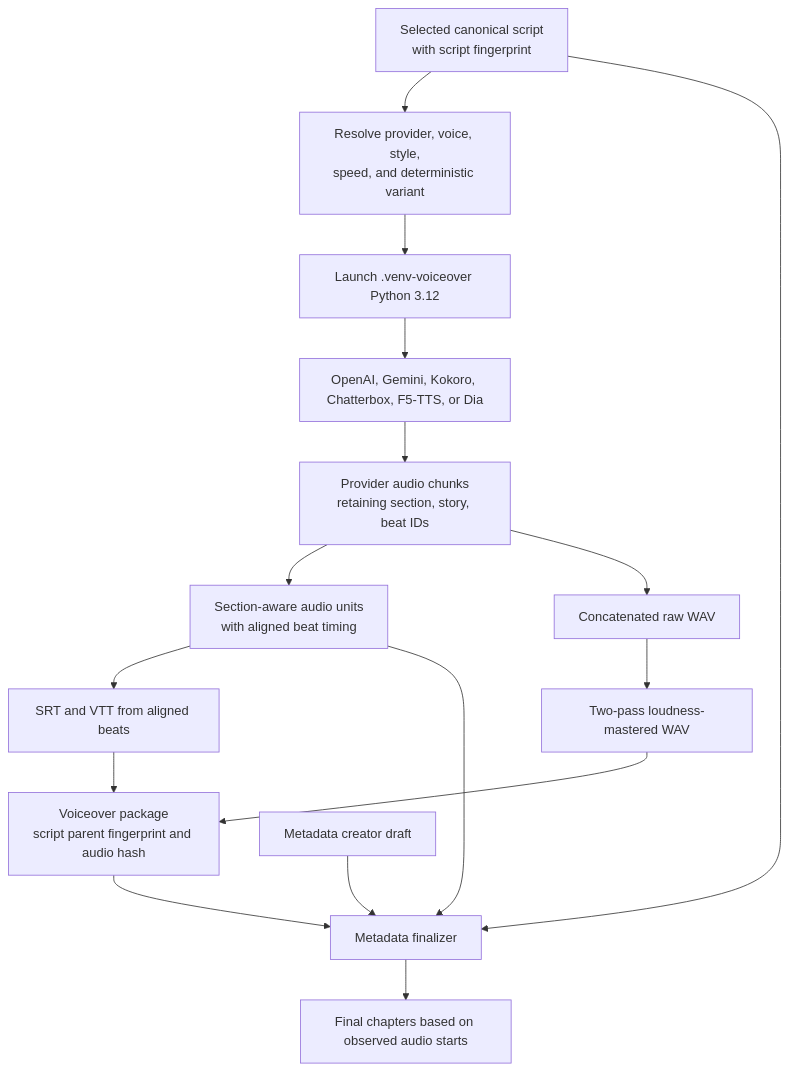
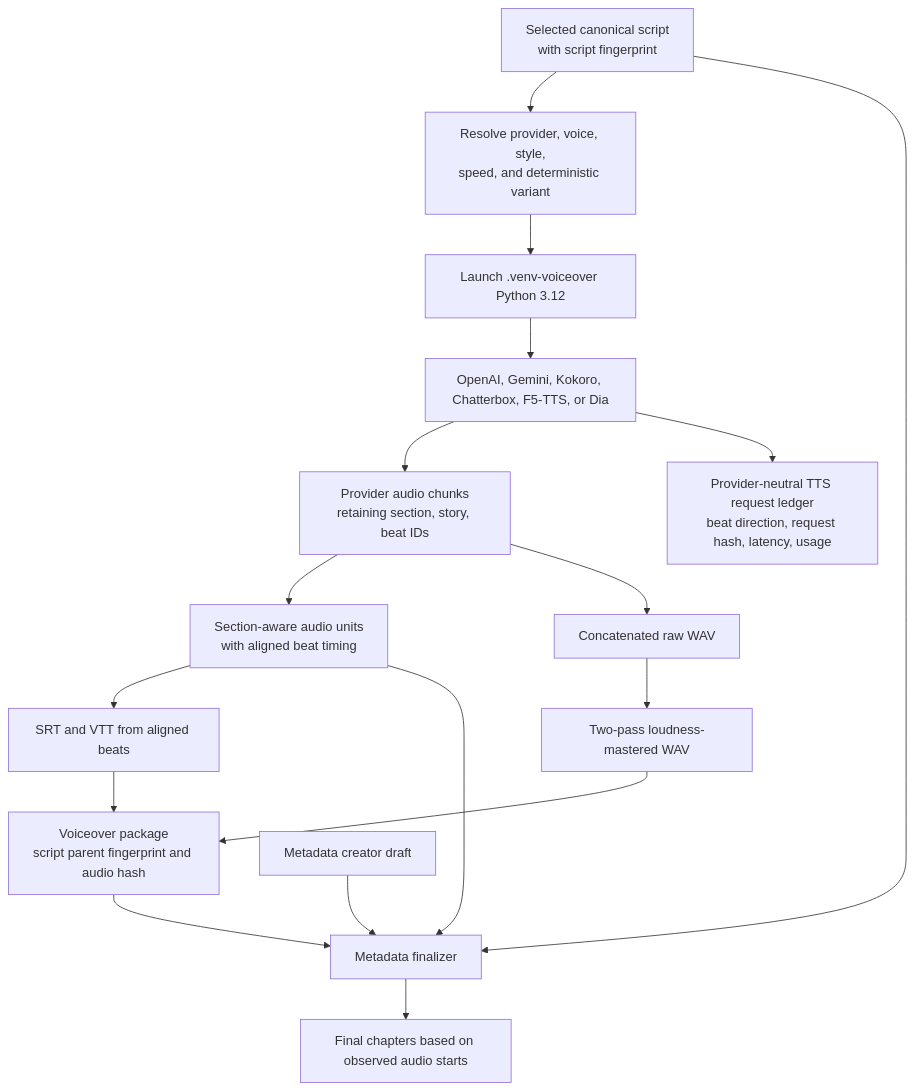
The fifth of 7 diagrams in docs/current_system_architecture.md (Eswar021/ai-news-pipeline), drawn with Mermaid before and after one commit. The commit also changed other lines of this file and 59 other files, not shown here.

````diff
--- a/docs/current_system_architecture.md
+++ b/docs/current_system_architecture.md
@@ -305,25 +309,27 @@
 ```mermaid
 flowchart TD
     script[Selected canonical script<br/>with script fingerprint]
     variant[Resolve provider, voice, style,<br/>speed, and deterministic variant]
     py312[Launch .venv-voiceover Python 3.12]
     provider[OpenAI, Gemini, Kokoro, Chatterbox, F5-TTS, or Dia]
+    ledger[Provider-neutral TTS request ledger<br/>beat direction, request hash, latency, usage]
     chunks[Provider audio chunks<br/>retaining section, story, beat IDs]
     units[Section-aware audio units<br/>with aligned beat timing]
     raw[Concatenated raw WAV]
     mastered[Two-pass loudness-mastered WAV]
     captions[SRT and VTT from aligned beats]
     package[Voiceover package<br/>script parent fingerprint and audio hash]
     metadataDraft[Metadata creator draft]
     finalizer[Metadata finalizer]
     metadataFinal[Final chapters based on observed audio starts]
 
     script --> variant --> py312 --> provider --> chunks
+    provider --> ledger
     chunks --> units
     chunks --> raw --> mastered --> package
     units --> captions --> package
     units --> finalizer
     metadataDraft --> finalizer
     script --> finalizer
     package --> finalizer --> metadataFinal
 ```
````
